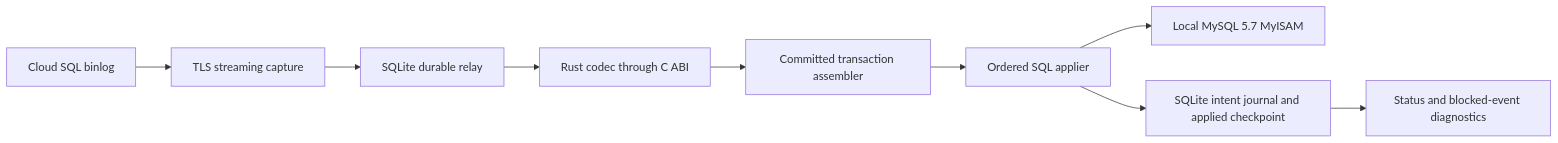
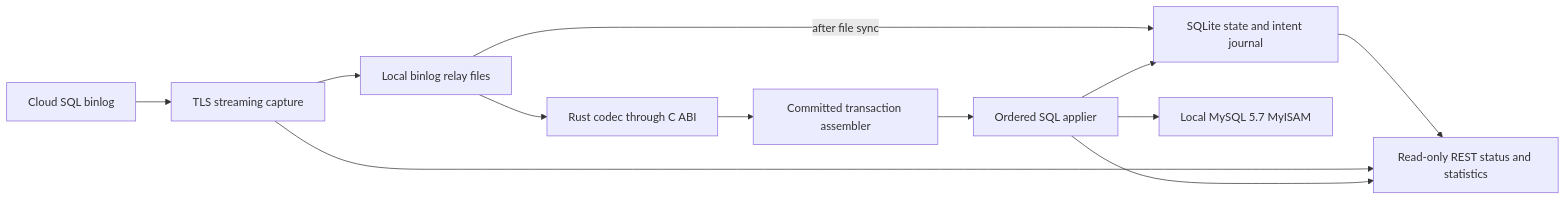
The first of 2 diagrams in PLAN/REPLICATOR_TECHNICAL_PLAN.md (GannettDigital/mysql-replicator), drawn with Mermaid before and after one commit. The commit also changed other lines of this file and 19 other files, not shown here.

````diff
--- a/PLAN/REPLICATOR_TECHNICAL_PLAN.md
+++ b/PLAN/REPLICATOR_TECHNICAL_PLAN.md
@@ -102,11 +102,14 @@
 ```mermaid
 flowchart LR
     S[Cloud SQL binlog] --> C[TLS streaming capture]
-    C --> R[SQLite durable relay]
+    C --> R[Local binlog relay files]
+    R -->|after file sync| J[SQLite state and intent journal]
     R --> D[Rust codec through C ABI]
     D --> T[Committed transaction assembler]
     T --> A[Ordered SQL applier]
     A --> M[Local MySQL 5.7 MyISAM]
-    A --> J[SQLite intent journal and applied checkpoint]
-    J --> O[Status and blocked-event diagnostics]
+    A --> J
+    J --> O[Read-only REST status and statistics]
+    C --> O
+    A --> O
 ```
````
